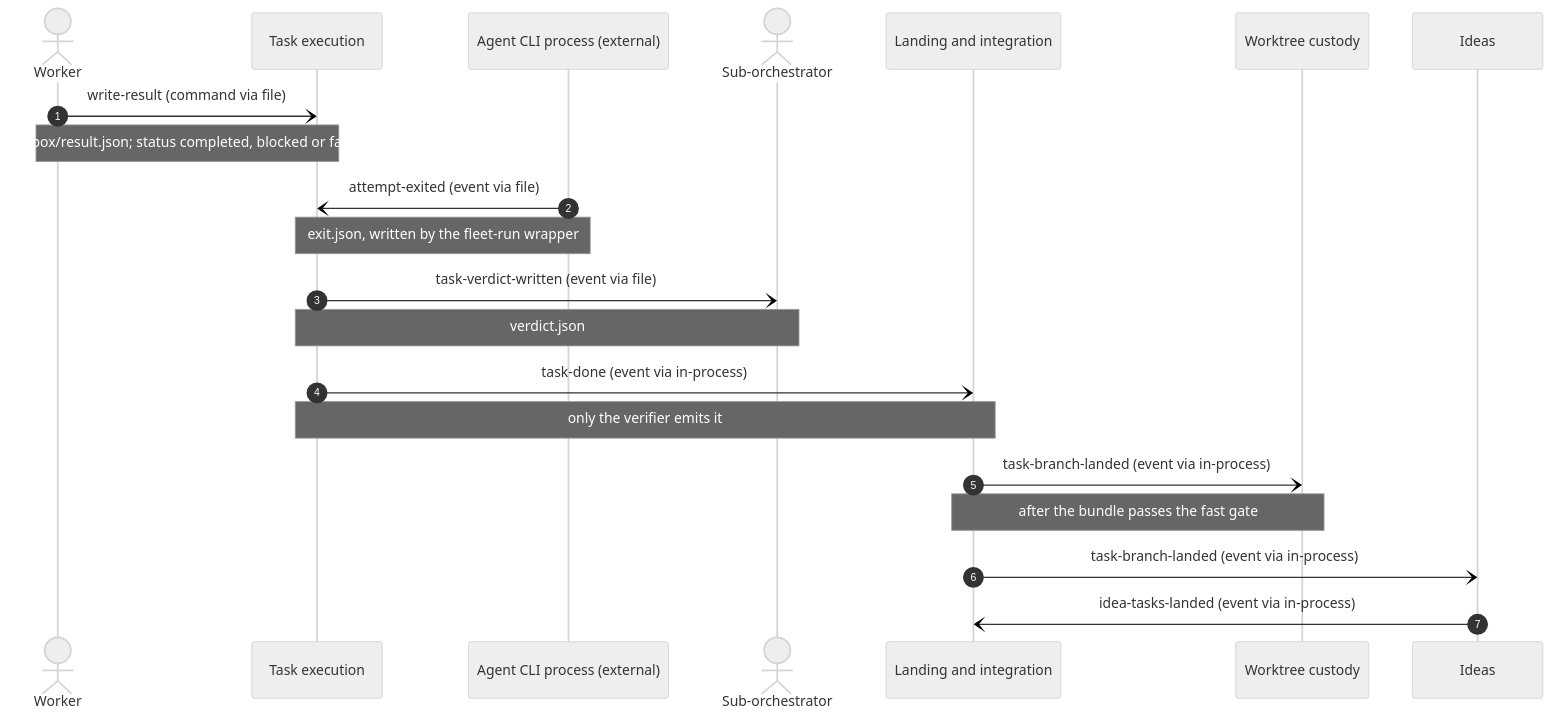
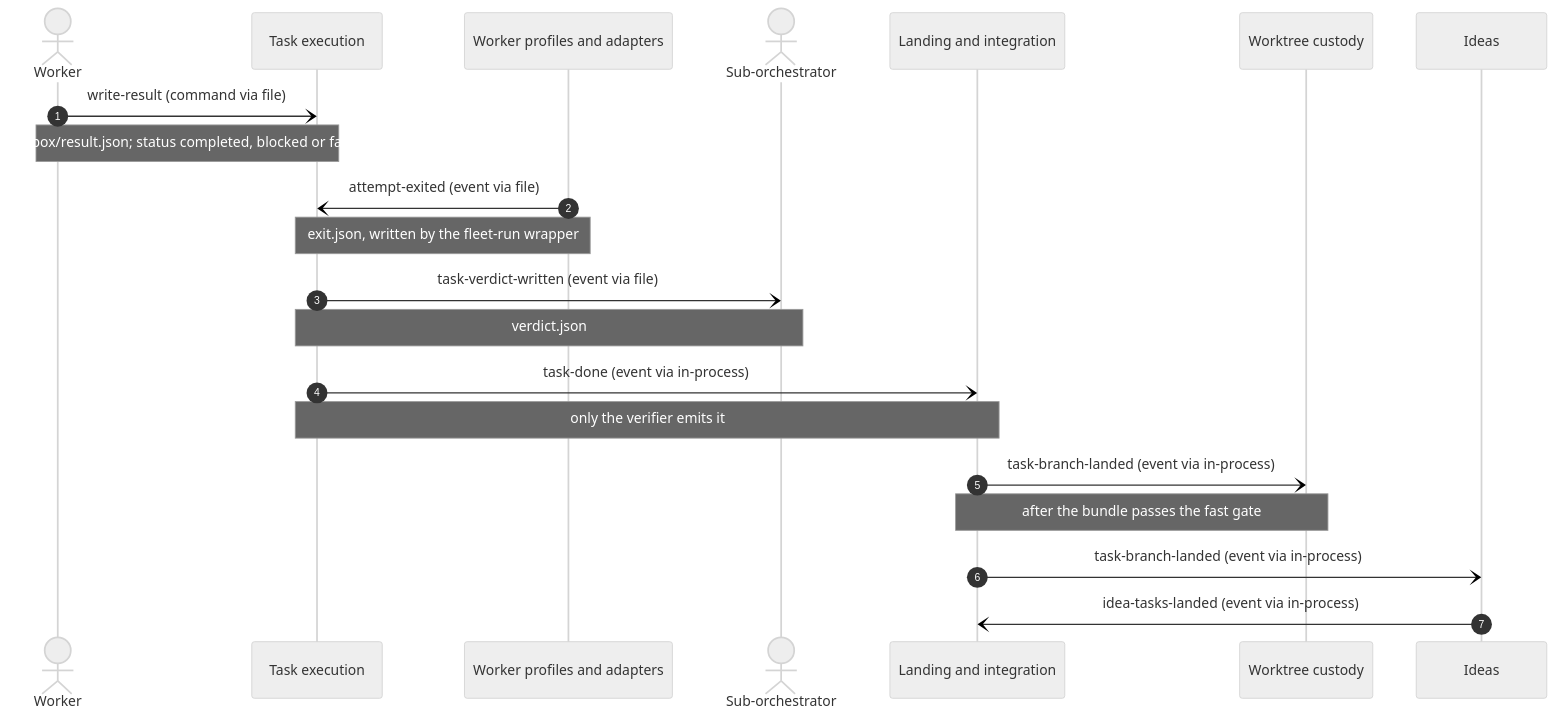
Before and after one commit to MattMakes/multi-herdr: the third of 9 diagrams in ddd/05-connect/message-flows.md, drawn with Mermaid (neutral theme). The commit also changed other lines of this file and 37 other files, not shown here.

````diff
--- a/ddd/05-connect/message-flows.md
+++ b/ddd/05-connect/message-flows.md
@@ -118,23 +118,23 @@
 ```mermaid
 sequenceDiagram
   autonumber
   actor worker as Worker
   participant task_execution as Task execution
-  participant agent_cli as Agent CLI process (external)
+  participant worker_profiles as Worker profiles and adapters
   actor sub_orchestrator as Sub-orchestrator
   participant integration as Landing and integration
   participant worktree_custody as Worktree custody
   participant ideas as Ideas
   worker-)task_execution: write-result (command via file)
   Note over worker,task_execution: outbox/result.json#59; status completed, blocked or failed
-  agent_cli-)task_execution: attempt-exited (event via file)
-  Note over agent_cli,task_execution: exit.json, written by the fleet-run wrapper
+  worker_profiles-)task_execution: attempt-exited (event via file)
+  Note over worker_profiles,task_execution: exit.json, written by the fleet-run wrapper
   task_execution-)sub_orchestrator: task-verdict-written (event via file)
   Note over task_execution,sub_orchestrator: verdict.json
   task_execution-)integration: task-done (event via in-process)
   Note over task_execution,integration: only the verifier emits it
   integration-)worktree_custody: task-branch-landed (event via in-process)
   Note over integration,worktree_custody: after the bundle passes the fast gate
   integration-)ideas: task-branch-landed (event via in-process)
   ideas-)integration: idea-tasks-landed (event via in-process)
 ```
````
